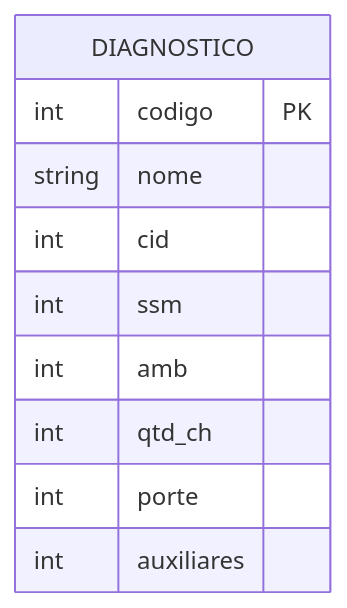
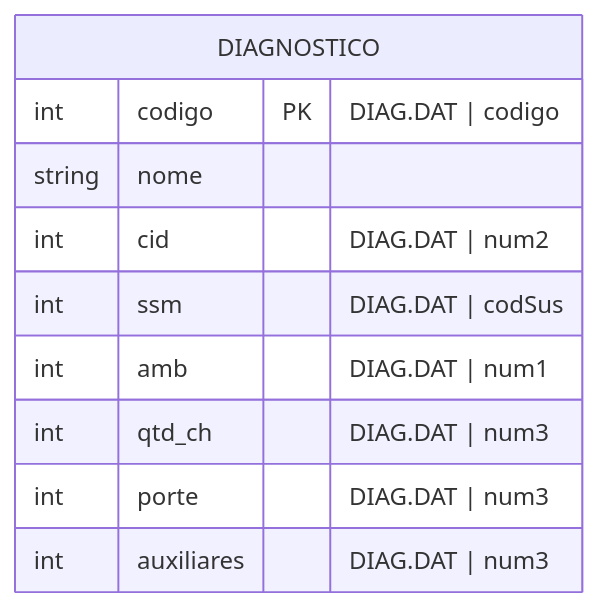
One commit to Nicolas-CustomCode/refactor-hospital-maternidade changed the diagram in Módulos/Recepção/Entidades/Diagnóstico (DIAG.DAT).md. Above: the diagram before and after it, drawn with Mermaid. The commit also changed other lines of this file and 10 other files, not shown here.

````diff
--- a/Módulos/Recepção/Entidades/Diagnóstico (DIAG.DAT).md
+++ b/Módulos/Recepção/Entidades/Diagnóstico (DIAG.DAT).md
@@ -8,13 +8,13 @@
 ```mermaid
 erDiagram
 DIAGNOSTICO {
-	int codigo PK
-	string nome
-	int cid
-	int ssm
-	int amb
-	int qtd_ch
-	int porte
-	int auxiliares
+	int codigo PK "DIAG.DAT | codigo"
+	string nome ""
+	int cid "DIAG.DAT | num2"
+	int ssm "DIAG.DAT | codSus"
+	int amb "DIAG.DAT | num1"
+	int qtd_ch "DIAG.DAT | num3"
+	int porte "DIAG.DAT | num3"
+	int auxiliares "DIAG.DAT | num3"
 }
 ```
````
